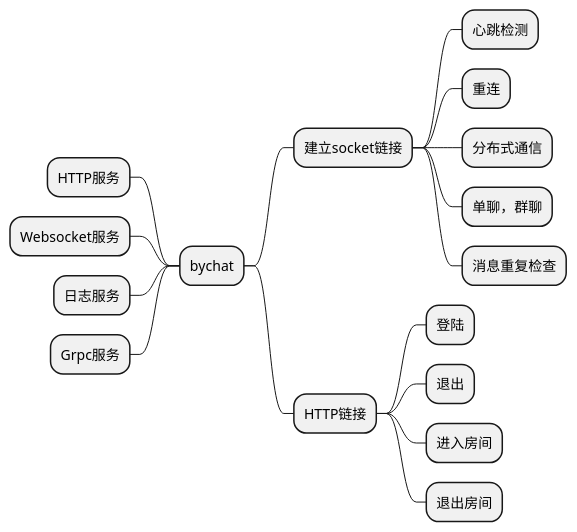
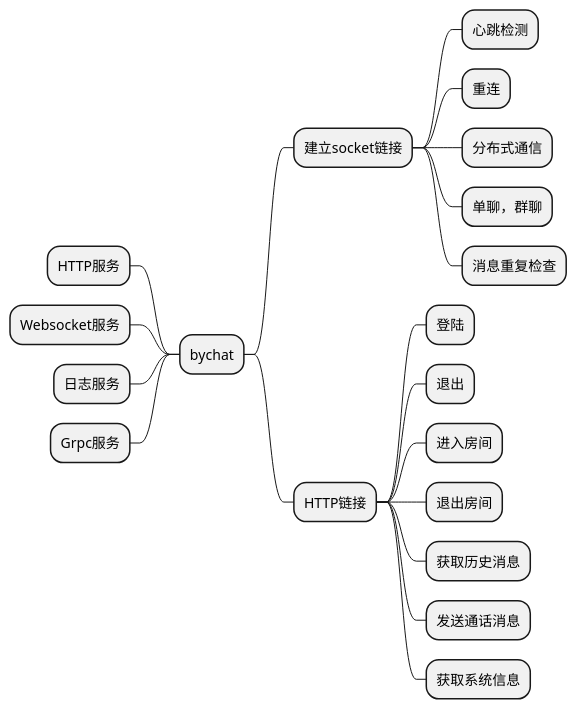
Before and after one commit to byzze/bychat: the diagram in doc/设计.md, drawn with PlantUML. The commit also changed 8 other files, not shown here.

````diff
--- a/doc/设计.md
+++ b/doc/设计.md
@@ -4,22 +4,25 @@
 ```puml
 @startmindmap
 + bychat
 ++ 建立socket链接
 +++ 心跳检测
 +++ 重连
 +++ 分布式通信
 +++ 单聊，群聊
 +++ 消息重复检查
 
 ++ HTTP链接
 +++ 登陆
 +++ 退出
 +++ 进入房间
 +++ 退出房间
++++ 获取历史消息
++++ 发送通话消息
++++ 获取系统信息
 
 -- HTTP服务
 -- Websocket服务
 -- 日志服务
 -- Grpc服务
 @endmindmap
 ```
````
